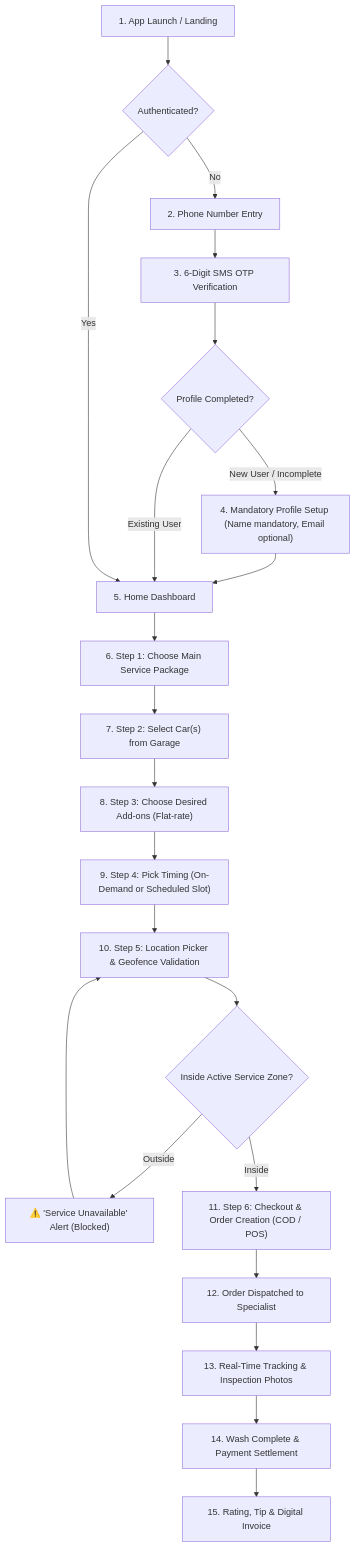
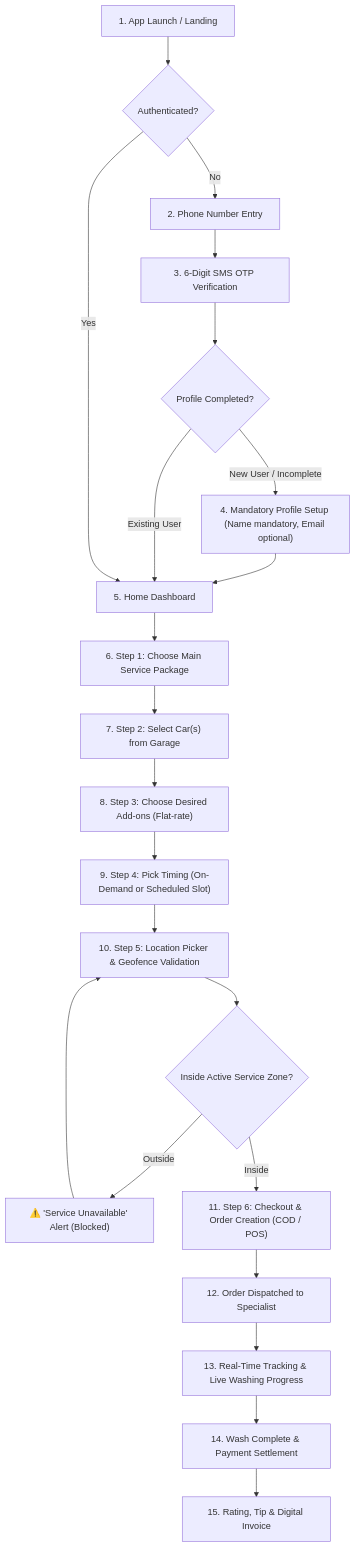
Before and after one commit to fsdevriver/800-doc: the diagram in docs/flows/customer-flow.md, drawn with Mermaid. The commit also changed 4 other files, not shown here.

Commit message:
feat: streamline operational flows by removing mandatory before/after photo gates for initial release

````diff
--- a/docs/flows/customer-flow.md
+++ b/docs/flows/customer-flow.md
@@ -9,27 +9,27 @@
 ```mermaid
 graph TD
     A["1. App Launch / Landing"] --> B{"Authenticated?"}
     B -->|No| C["2. Phone Number Entry"]
     C --> D["3. 6-Digit SMS OTP Verification"]
     D --> E{"Profile Completed?"}
     E -->|New User / Incomplete| F["4. Mandatory Profile Setup (Name mandatory, Email optional)"]
     F --> G["5. Home Dashboard"]
     E -->|Existing User| G
     B -->|Yes| G
 
     G --> H["6. Step 1: Choose Main Service Package"]
     H --> I["7. Step 2: Select Car(s) from Garage"]
     I --> J["8. Step 3: Choose Desired Add-ons (Flat-rate)"]
     
     J --> K["9. Step 4: Pick Timing (On-Demand or Scheduled Slot)"]
     K --> L["10. Step 5: Location Picker & Geofence Validation"]
     L --> M{"Inside Active Service Zone?"}
     M -->|Outside| N["⚠️ 'Service Unavailable' Alert (Blocked)"]
     N --> L
     M -->|Inside| O["11. Step 6: Checkout & Order Creation (COD / POS)"]
     
     O --> P["12. Order Dispatched to Specialist"]
-    P --> Q["13. Real-Time Tracking & Inspection Photos"]
+    P --> Q["13. Real-Time Tracking & Live Washing Progress"]
     Q --> R["14. Wash Complete & Payment Settlement"]
     R --> S["15. Rating, Tip & Digital Invoice"]
 ```
````
